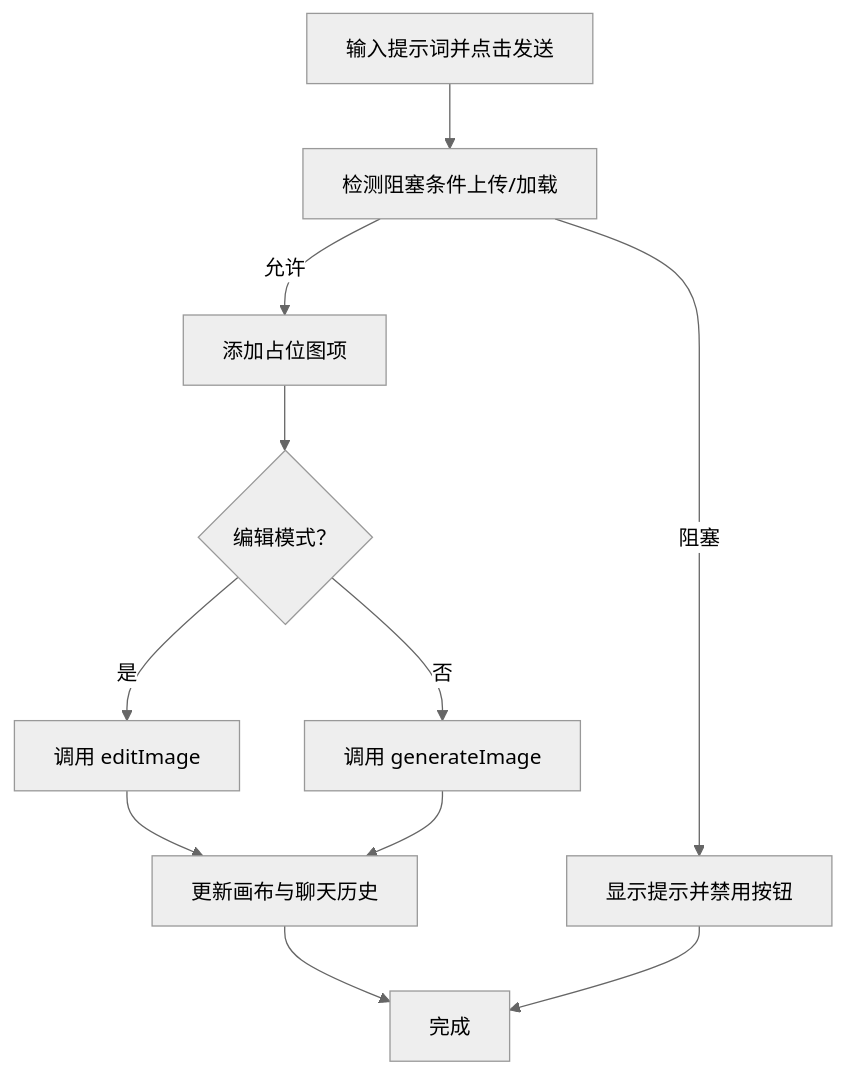
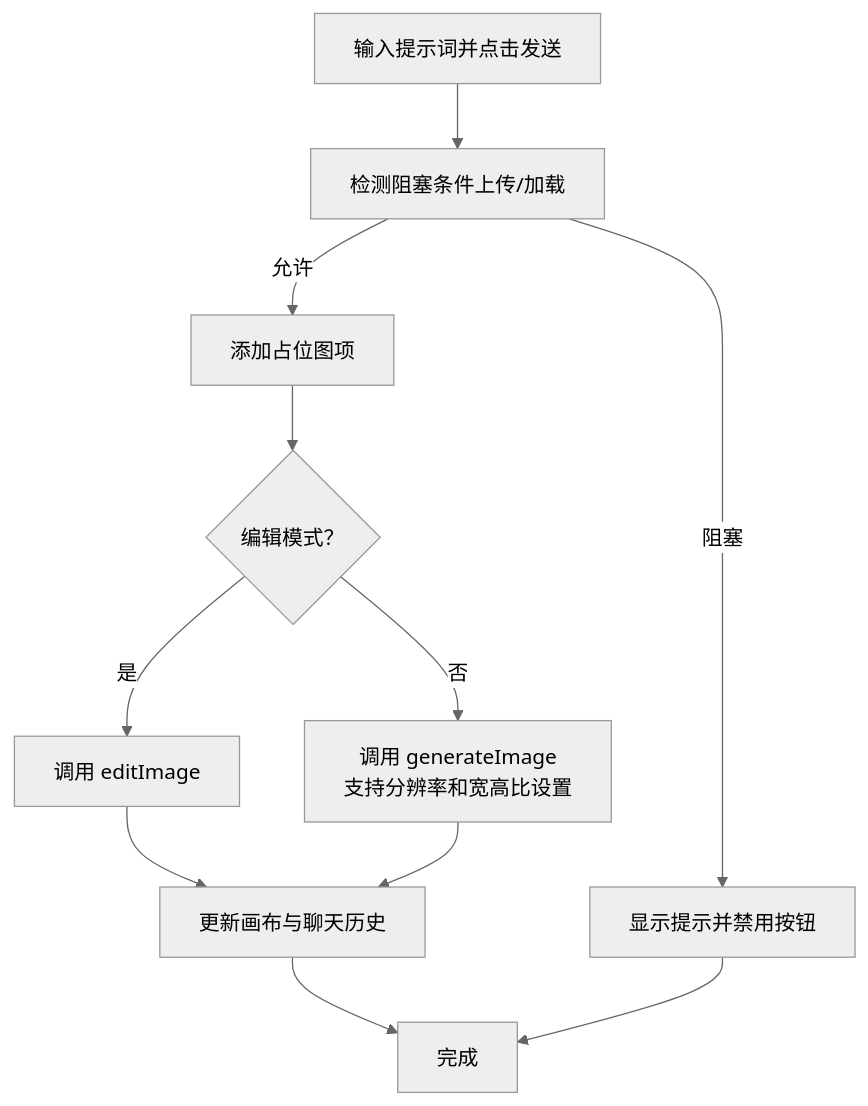
Before and after one commit to billye220670/BananaFlow2: the eighth of 9 diagrams in .qoder/repowiki/zh/content/核心功能模块/AI API 集成.md, drawn with Mermaid (neutral theme). The commit also changed other lines of this file and 10 other files, not shown here.

````diff
--- a/.qoder/repowiki/zh/content/核心功能模块/AI API 集成.md
+++ b/.qoder/repowiki/zh/content/核心功能模块/AI API 集成.md
@@ -273,13 +290,13 @@
 ```mermaid
 flowchart TD
 Enter["输入提示词并点击发送"] --> Block["检测阻塞条件上传/加载"]
 Block --> |阻塞| Hint["显示提示并禁用按钮"]
 Block --> |允许| PlaceHolder["添加占位图项"]
 PlaceHolder --> Mode{"编辑模式？"}
 Mode --> |是| Edit["调用 editImage"]
-Mode --> |否| Gen["调用 generateImage"]
+Mode --> |否| Gen["调用 generateImage<br/>支持分辨率和宽高比设置"]
 Edit --> Result["更新画布与聊天历史"]
 Gen --> Result
 Result --> End["完成"]
 Hint --> End
 ```
````
